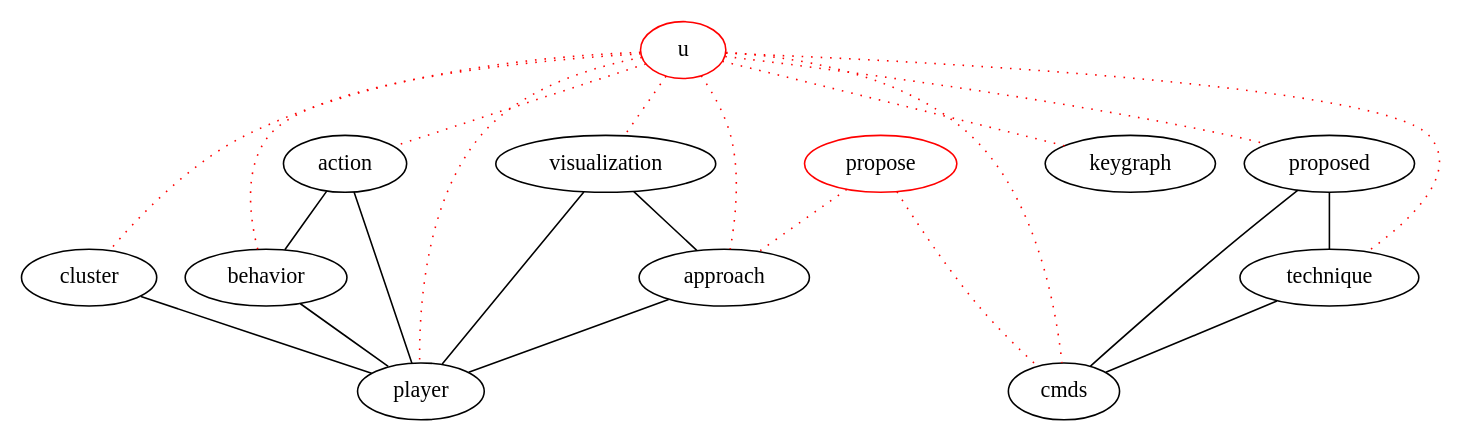
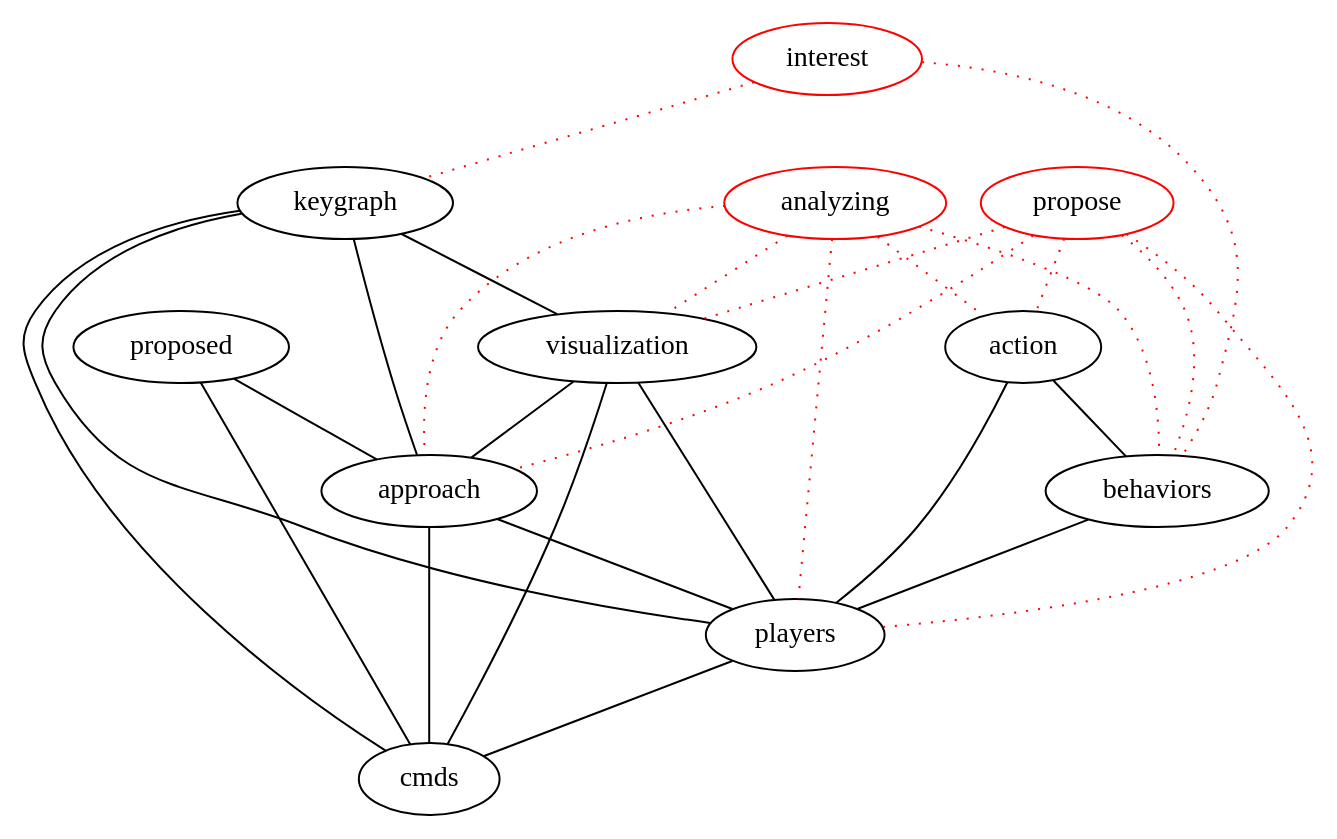
One commit to michaelweiss/keygraph changed the diagram in dot/abstract.dot. Above: the diagram before and after it, drawn with Graphviz. The commit also changed 5 other files, not shown here.

```diff
--- a/dot/abstract.dot
+++ b/dot/abstract.dot
@@ -1,36 +1,41 @@
 graph keygraph {
 graph [size="10,10"]
+visualization [color="black"]
+players [color="black"]
 action [color="black"]
-cluster [color="black"]
-player [color="black"]
-visualization [color="black"]
+cmds [color="black"]
+proposed [color="black"]
+behaviors [color="black"]
+keygraph [color="black"]
 approach [color="black"]
-proposed [color="black"]
-cmds [color="black"]
-technique [color="black"]
-behavior [color="black"]
-u [color="red"]
+interest [color="red"]
 propose [color="red"]
-action--behavior
-action--player
-behavior--player
-proposed--technique
+analyzing [color="red"]
+proposed--approach
+keygraph--visualization
+keygraph--approach
+keygraph--players
+keygraph--cmds
+visualization--players
+visualization--cmds
+approach--players
+approach--cmds
+players--cmds
+action--behaviors
+action--players
+behaviors--players
 proposed--cmds
-technique--cmds
-cluster--player
-visualization--player
-approach--player
 visualization--approach
+interest--behaviors [color="red", style="dotted"]
+interest--keygraph [color="red", style="dotted"]
+propose--visualization [color="red", style="dotted"]
+propose--players [color="red", style="dotted"]
+propose--action [color="red", style="dotted"]
+propose--behaviors [color="red", style="dotted"]
 propose--approach [color="red", style="dotted"]
-propose--cmds [color="red", style="dotted"]
-u--action [color="red", style="dotted"]
-u--behavior [color="red", style="dotted"]
-u--cluster [color="red", style="dotted"]
-u--keygraph [color="red", style="dotted"]
-u--player [color="red", style="dotted"]
-u--visualization [color="red", style="dotted"]
-u--approach [color="red", style="dotted"]
-u--proposed [color="red", style="dotted"]
-u--technique [color="red", style="dotted"]
-u--cmds [color="red", style="dotted"]
+analyzing--visualization [color="red", style="dotted"]
+analyzing--players [color="red", style="dotted"]
+analyzing--action [color="red", style="dotted"]
+analyzing--behaviors [color="red", style="dotted"]
+analyzing--approach [color="red", style="dotted"]
 }
```
